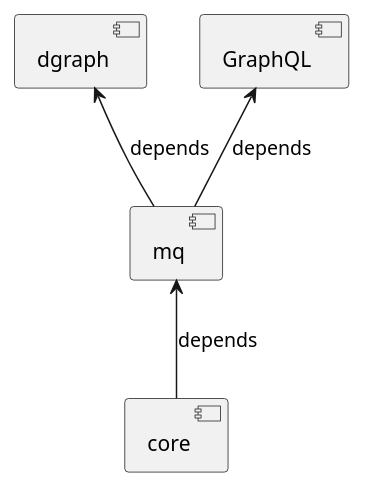
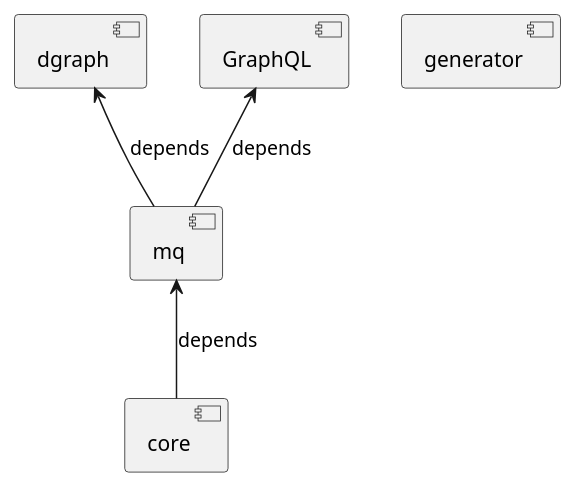
One commit to wangyuheng/Arc changed the diagram in doc/dependent.puml. Above: the diagram before and after it, drawn with PlantUML. The commit also changed 5 other files, not shown here.

```diff
--- a/doc/dependent.puml
+++ b/doc/dependent.puml
@@ -1,12 +1,14 @@
 @startuml
 
 component dgraph as d
 component GraphQL as g
 component mq as mq
 component core as c
 
+component generator
+
 mq <-- c: depends
 g <-- mq: depends
 d <-- mq: depends
 
 @enduml
```
